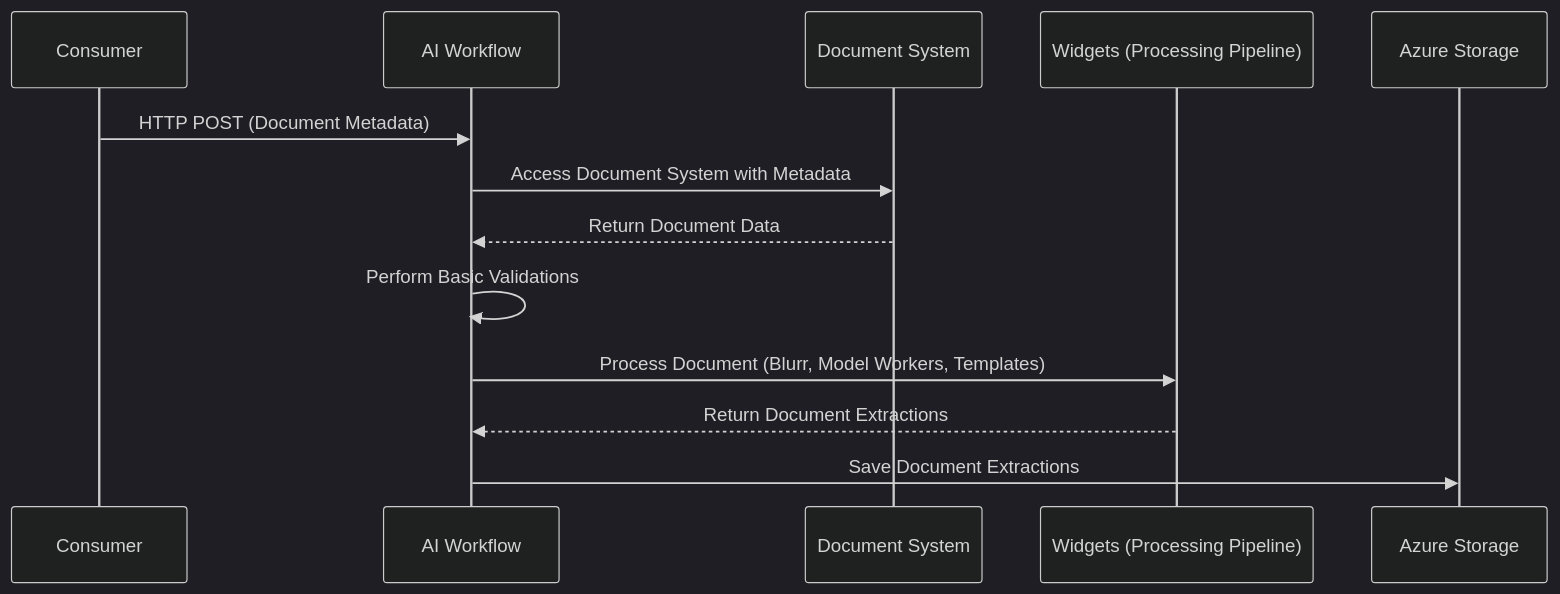
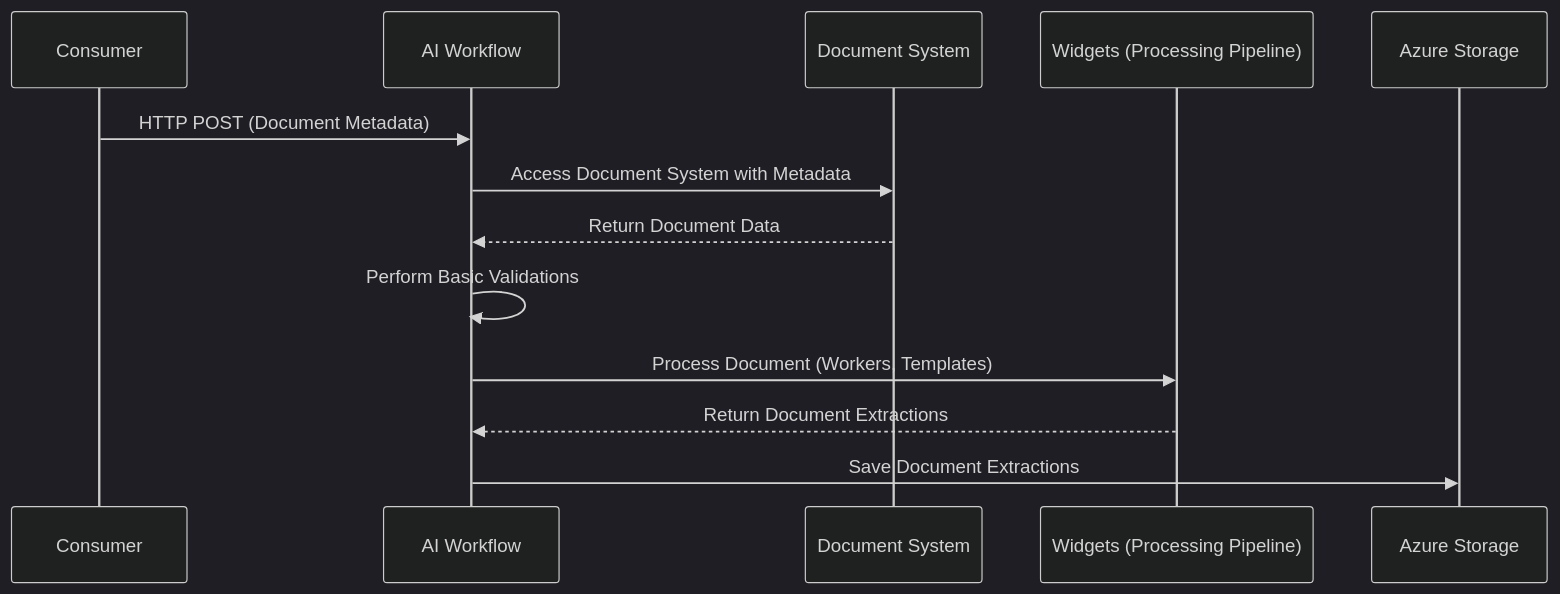
Before and after one commit to sakthivel-arumugam/LowCode-NoCode-Integration: the first of 2 diagrams in Sequence Diagram/Sequence Diagram_AIWorkflow_PPWorkflow(Screening).md, drawn with Mermaid (dark theme). The commit also changed other lines of this file, not shown here.

Commit message:
Update Sequence Diagram_AIWorkflow_PPWorkflow(Screening).md

````diff
--- a/Sequence Diagram/Sequence Diagram_AIWorkflow_PPWorkflow(Screening).md
+++ b/Sequence Diagram/Sequence Diagram_AIWorkflow_PPWorkflow(Screening).md
@@ -5,19 +5,19 @@
 ```mermaid
 sequenceDiagram
     participant CSM as Consumer
     participant AI as AI Workflow
     participant DS as Document System
     participant WDG as Widgets (Processing Pipeline)
     participant AZ as Azure Storage
 
     %% Consumer initiates the process
     CSM->>AI: HTTP POST (Document Metadata)
     AI->>DS: Access Document System with Metadata
     DS-->>AI: Return Document Data
     AI->>AI: Perform Basic Validations
 
     %% Document processing pipeline
-    AI->>WDG: Process Document (Blurr, Model Workers, Templates)
+    AI->>WDG: Process Document (Workers, Templates)
     WDG-->>AI: Return Document Extractions
     AI->>AZ: Save Document Extractions
 ```
````
